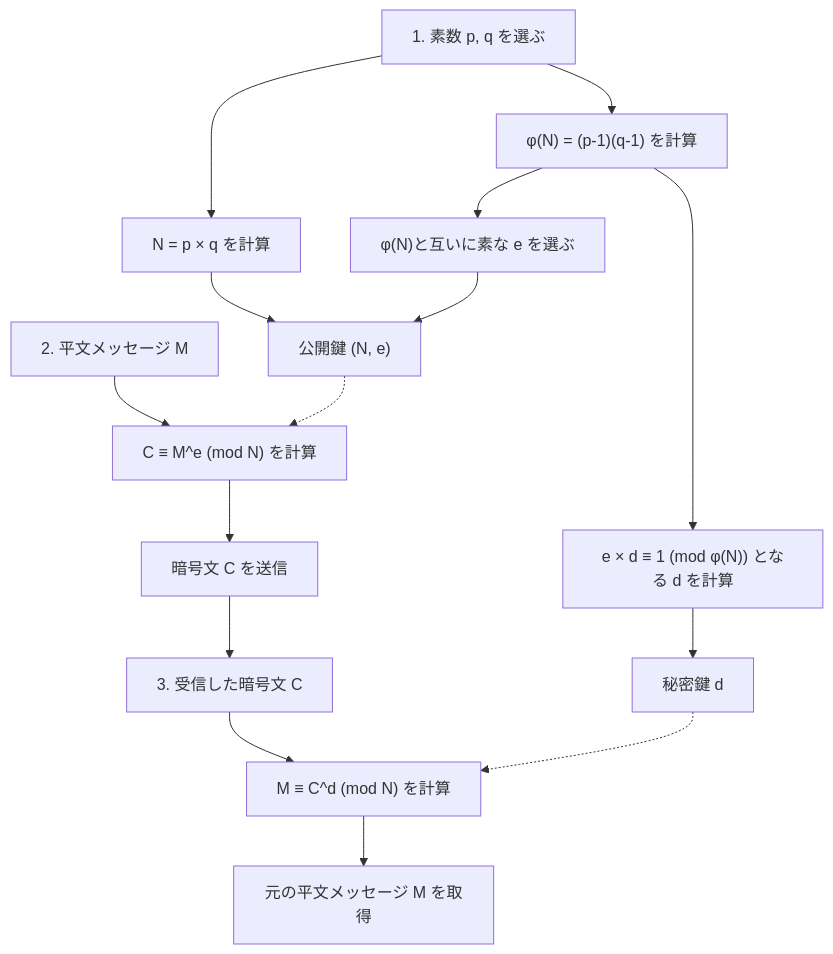
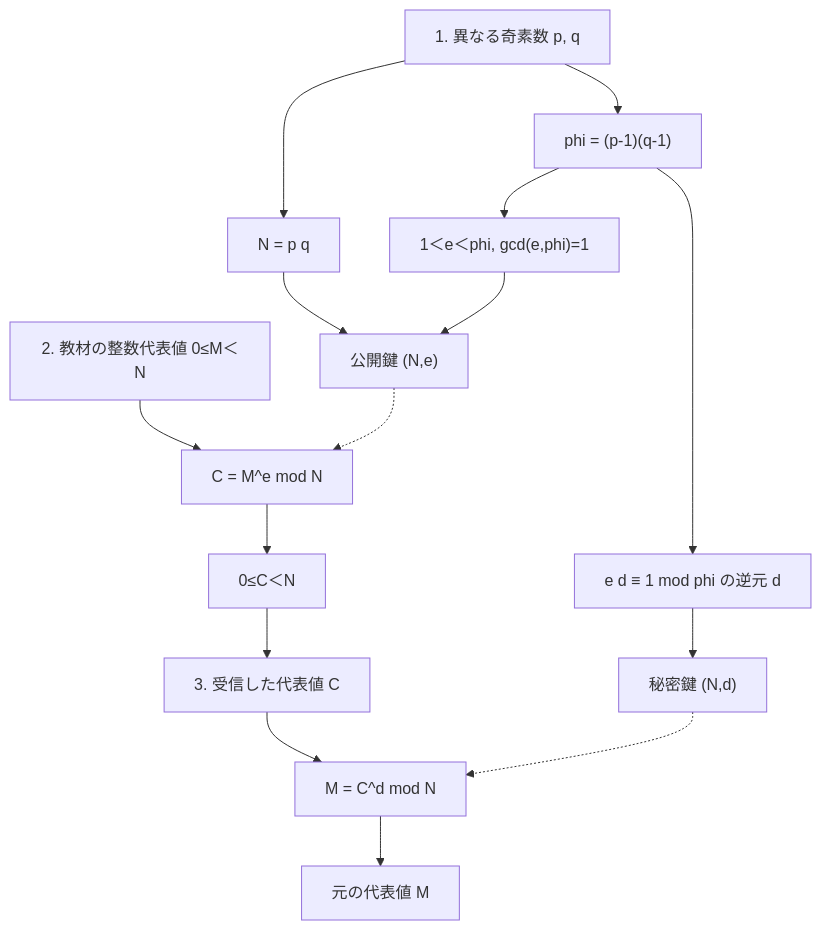
Before and after one commit to kenjinote/blog: the second of 3 diagrams in content/post/rsa暗号の仕組みを高校生でもわかるように説明する/index.md, drawn with Mermaid. The commit also changed other lines of this file and 8 other files, not shown here.

````diff
--- a/content/post/rsa暗号の仕組みを高校生でもわかるように説明する/index.md
+++ b/content/post/rsa暗号の仕組みを高校生でもわかるように説明する/index.md
@@ -165,19 +103,17 @@
 ```mermaid
 flowchart TD
-    A1["1. 素数 p, q を選ぶ"] --> A2["N = p × q を計算"]
-    A1 --> A3["φ(N) = (p-1)(q-1) を計算"]
-    A3 --> A4["φ(N)と互いに素な e を選ぶ"]
-    A3 --> A5["e × d ≡ 1 (mod φ(N)) となる d を計算"]
-    A2 --> A6["公開鍵 (N, e)"]
+    A1["1. 異なる奇素数 p, q"] --> A2["N = p q"]
+    A1 --> A3["phi = (p-1)(q-1)"]
+    A3 --> A4["1＜e＜phi, gcd(e,phi)=1"]
+    A3 --> A5["e d ≡ 1 mod phi の逆元 d"]
+    A2 --> A6["公開鍵 (N,e)"]
     A4 --> A6
-    A5 --> A7["秘密鍵 d"]
-    
-    B1["2. 平文メッセージ M"] --> B2["C ≡ M^e (mod N) を計算"]
+    A5 --> A7["秘密鍵 (N,d)"]
+    B1["2. 教材の整数代表値 0≤M＜N"] --> B2["C = M^e mod N"]
     A6 -.-> B2
-    B2 --> B3["暗号文 C を送信"]
-    
-    B3 --> C1["3. 受信した暗号文 C"]
-    C1 --> C2["M ≡ C^d (mod N) を計算"]
+    B2 --> B3["0≤C＜N"]
+    B3 --> C1["3. 受信した代表値 C"]
+    C1 --> C2["M = C^d mod N"]
     A7 -.-> C2
-    C2 --> C3["元の平文メッセージ M を取得"]
+    C2 --> C3["元の代表値 M"]
 ```
````
